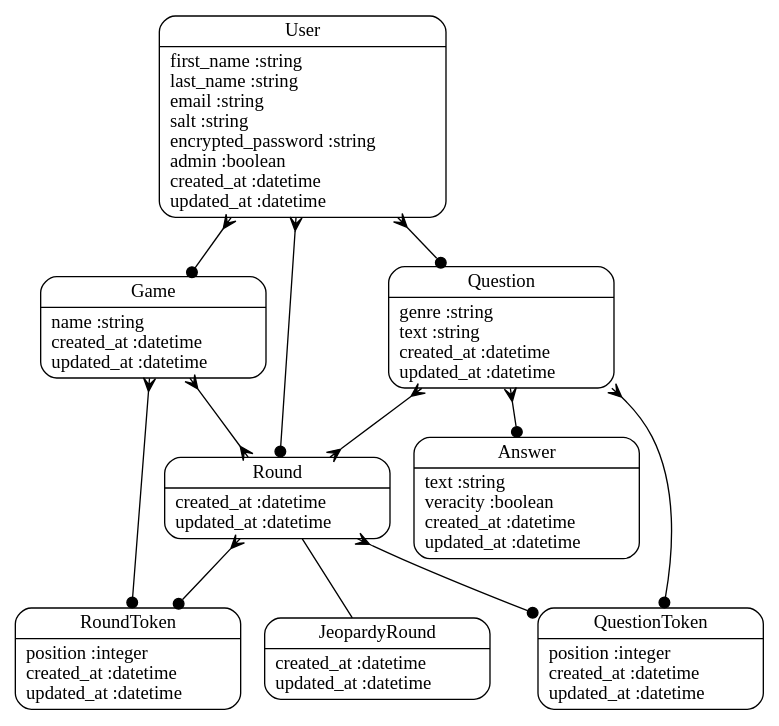
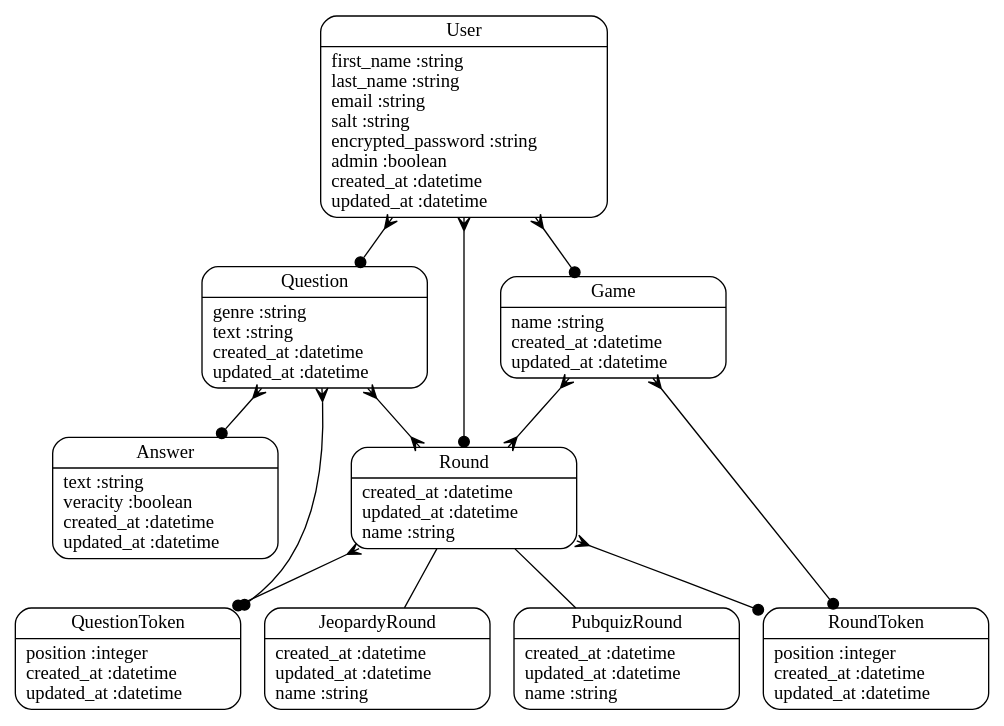
Before and after one commit to griswoldbar/Kwisatz: the diagram in models.dot, drawn with Graphviz. The commit also changed 8 other files, not shown here.

```diff
--- a/models.dot
+++ b/models.dot
@@ -1,22 +1,24 @@
 digraph models_diagram {
 	graph[overlap=false, splines=true]
 	"Answer" [shape=Mrecord, label="{Answer|text :string\lveracity :boolean\lcreated_at :datetime\lupdated_at :datetime\l}"]
 	"Game" [shape=Mrecord, label="{Game|name :string\lcreated_at :datetime\lupdated_at :datetime\l}"]
-	"JeopardyRound" [shape=Mrecord, label="{JeopardyRound|created_at :datetime\lupdated_at :datetime\l}"]
+	"JeopardyRound" [shape=Mrecord, label="{JeopardyRound|created_at :datetime\lupdated_at :datetime\lname :string\l}"]
+	"PubquizRound" [shape=Mrecord, label="{PubquizRound|created_at :datetime\lupdated_at :datetime\lname :string\l}"]
 	"Question" [shape=Mrecord, label="{Question|genre :string\ltext :string\lcreated_at :datetime\lupdated_at :datetime\l}"]
 	"QuestionToken" [shape=Mrecord, label="{QuestionToken|position :integer\lcreated_at :datetime\lupdated_at :datetime\l}"]
-	"Round" [shape=Mrecord, label="{Round|created_at :datetime\lupdated_at :datetime\l}"]
+	"Round" [shape=Mrecord, label="{Round|created_at :datetime\lupdated_at :datetime\lname :string\l}"]
 	"RoundToken" [shape=Mrecord, label="{RoundToken|position :integer\lcreated_at :datetime\lupdated_at :datetime\l}"]
 	"User" [shape=Mrecord, label="{User|first_name :string\llast_name :string\lemail :string\lsalt :string\lencrypted_password :string\ladmin :boolean\lcreated_at :datetime\lupdated_at :datetime\l}"]
 	"Game" -> "RoundToken" [arrowtail=crow, arrowhead=dot, dir=both]
 	"Game" -> "Round" [arrowtail=crow, arrowhead=crow, dir=both]
 	"Round" -> "JeopardyRound" [label="", arrowhead="none", arrowtail="onormal"]
+	"Round" -> "PubquizRound" [label="", arrowhead="none", arrowtail="onormal"]
 	"Question" -> "Answer" [arrowtail=crow, arrowhead=dot, dir=both]
 	"Question" -> "QuestionToken" [arrowtail=crow, arrowhead=dot, dir=both]
 	"Question" -> "Round" [arrowtail=crow, arrowhead=crow, dir=both]
 	"Round" -> "QuestionToken" [arrowtail=crow, arrowhead=dot, dir=both]
 	"Round" -> "RoundToken" [arrowtail=crow, arrowhead=dot, dir=both]
 	"User" -> "Game" [arrowtail=crow, arrowhead=dot, dir=both]
 	"User" -> "Round" [arrowtail=crow, arrowhead=dot, dir=both]
 	"User" -> "Question" [arrowtail=crow, arrowhead=dot, dir=both]
 }
```
